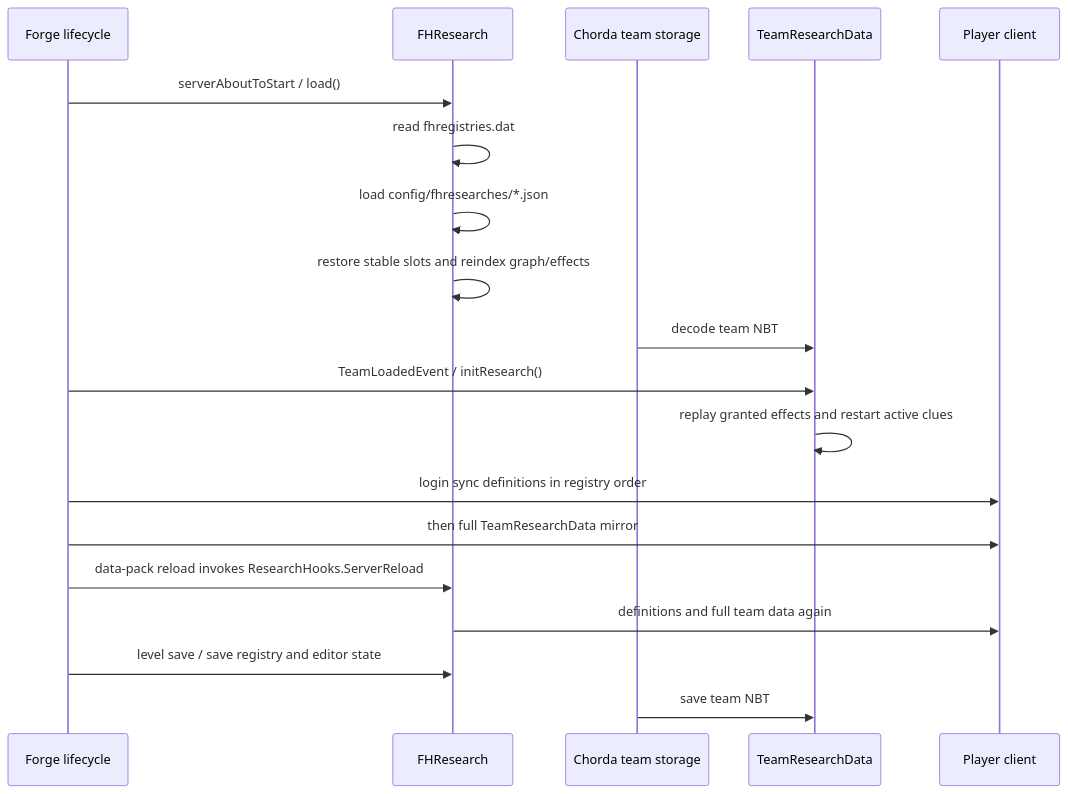
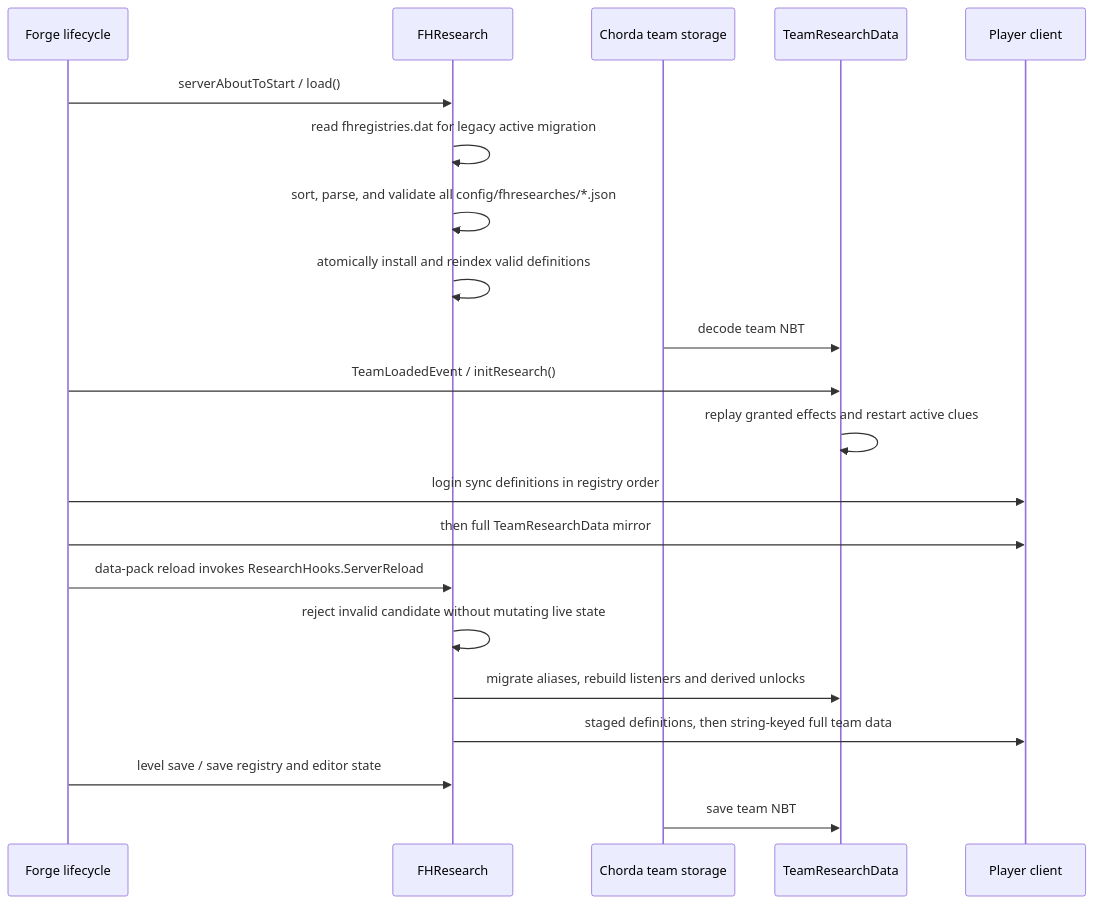
One commit to TeamMoegMC/FrostedHeart changed the second of 2 diagrams in docs/research/architecture.md. Above: the diagram before and after it, drawn with Mermaid. The commit also changed other lines of this file and 99 other files, not shown here.

````diff
--- a/docs/research/architecture.md
+++ b/docs/research/architecture.md
@@ -76,22 +77,24 @@
 ```mermaid
 sequenceDiagram
     participant Forge as Forge lifecycle
     participant Catalog as FHResearch
     participant Chorda as Chorda team storage
     participant Team as TeamResearchData
     participant Client as Player client
 
     Forge->>Catalog: serverAboutToStart / load()
-    Catalog->>Catalog: read fhregistries.dat
-    Catalog->>Catalog: load config/fhresearches/*.json
-    Catalog->>Catalog: restore stable slots and reindex graph/effects
+    Catalog->>Catalog: read fhregistries.dat for legacy active migration
+    Catalog->>Catalog: sort, parse, and validate all config/fhresearches/*.json
+    Catalog->>Catalog: atomically install and reindex valid definitions
     Chorda->>Team: decode team NBT
     Forge->>Team: TeamLoadedEvent / initResearch()
     Team->>Team: replay granted effects and restart active clues
     Forge->>Client: login sync definitions in registry order
     Forge->>Client: then full TeamResearchData mirror
     Forge->>Catalog: data-pack reload invokes ResearchHooks.ServerReload
-    Catalog->>Client: definitions and full team data again
+    Catalog->>Catalog: reject invalid candidate without mutating live state
+    Catalog->>Team: migrate aliases, rebuild listeners and derived unlocks
+    Catalog->>Client: staged definitions, then string-keyed full team data
     Forge->>Catalog: level save / save registry and editor state
     Chorda->>Team: save team NBT
 ```
````
